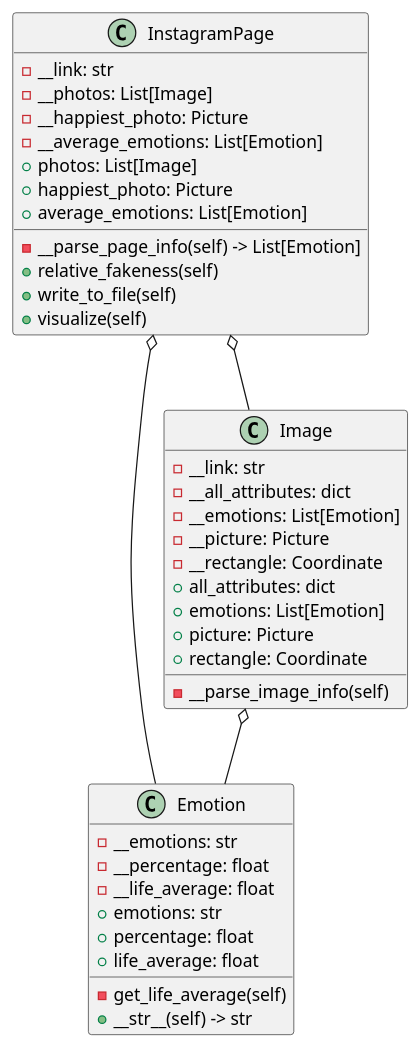
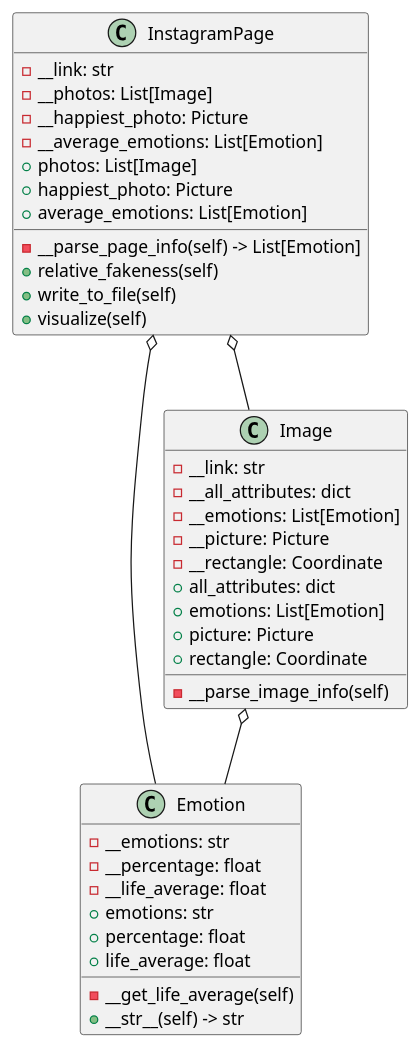
One commit to linvieson/emotions-recognition changed the diagram in class_diagrams/diagram.puml. Above: the diagram before and after it, drawn with PlantUML. The commit also changed 1 other file, not shown here.

Commit message:
fix class diagram

```diff
--- a/class_diagrams/diagram.puml
+++ b/class_diagrams/diagram.puml
@@ -1,43 +1,42 @@
 @startuml
 'https://plantuml.com/class-diagram
 class Emotion{
 - __emotions: str
 - __percentage: float
 - __life_average: float
 + emotions: str
 + percentage: float
 + life_average: float
-- get_life_average(self)
+- __get_life_average(self)
 + __str__(self) -> str
 }
 class Image{
 - __link: str
 - __all_attributes: dict
 - __emotions: List[Emotion]
 - __picture: Picture
 - __rectangle: Coordinate
 + all_attributes: dict
 + emotions: List[Emotion]
 + picture: Picture
 + rectangle: Coordinate
 - __parse_image_info(self)
 }
 class InstagramPage {
 - __link: str
 - __photos: List[Image]
 - __happiest_photo: Picture
 - __average_emotions: List[Emotion]
 + photos: List[Image]
 + happiest_photo: Picture
 + average_emotions: List[Emotion]
 - __parse_page_info(self) -> List[Emotion]
 + relative_fakeness(self)
 + write_to_file(self)
 + visualize(self)
 }
 Image o-- Emotion
 InstagramPage o-- Emotion
 InstagramPage o-- Image
 
-
 @enduml
```
